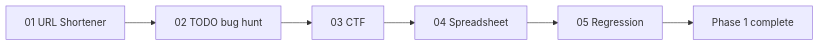
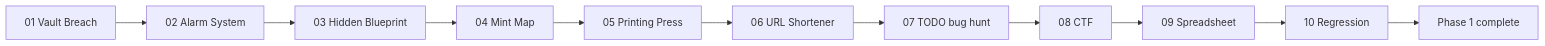
One commit to adishshah29-eng/Codeverse_Merge changed the diagram in docs/PHASE1_GAME_GUIDE.md. Above: the diagram before and after it, drawn with Mermaid. The commit also changed other lines of this file and 39 other files, not shown here.

First line of the commit message:
Phase 1: restore the five Royal Mint Heist games alongside the Challenge Arena (10 stages)

````diff
--- a/docs/PHASE1_GAME_GUIDE.md
+++ b/docs/PHASE1_GAME_GUIDE.md
@@ -57,8 +71,6 @@
 ```mermaid
 flowchart LR
-    A[01 URL Shortener] --> B[02 TODO bug hunt]
-    B --> C[03 CTF]
-    C --> D[04 Spreadsheet]
-    D --> E[05 Regression]
-    E --> F[Phase 1 complete]
+    A[01 Vault Breach] --> B[02 Alarm System] --> C[03 Hidden Blueprint] --> D[04 Mint Map] --> E[05 Printing Press]
+    E --> F[06 URL Shortener] --> G[07 TODO bug hunt] --> H[08 CTF] --> I[09 Spreadsheet] --> J[10 Regression]
+    J --> K[Phase 1 complete]
 ```
````
